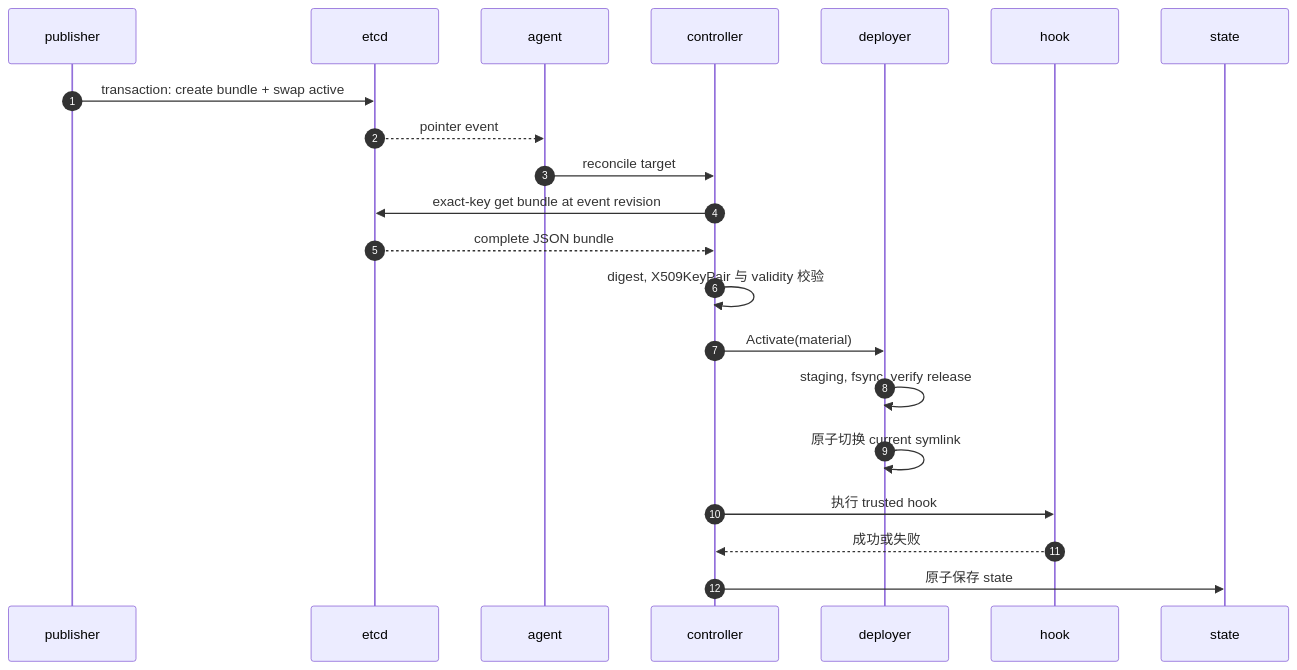
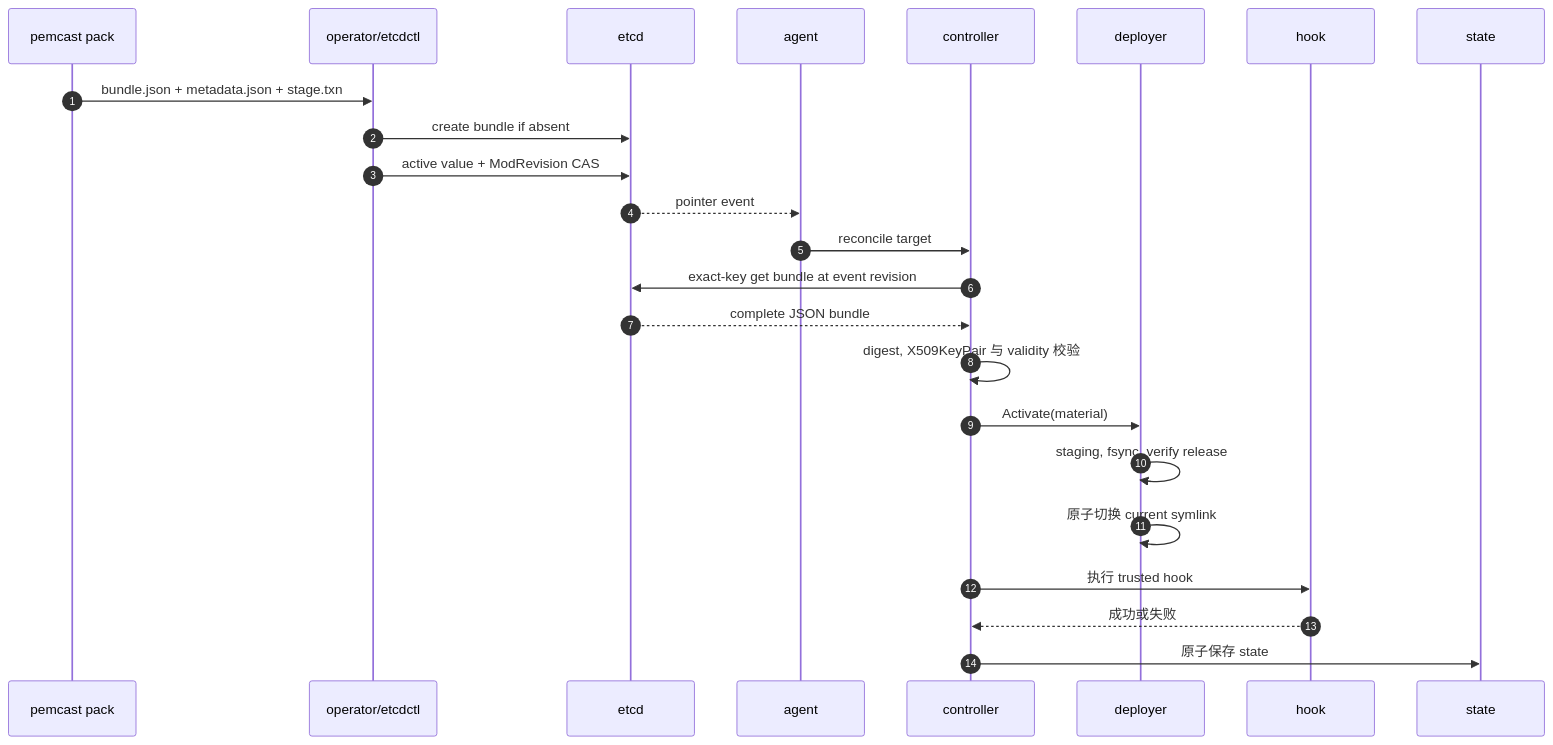
Before and after one commit to lwmacct/260907-pemcast: the diagram in .agents/skills/repo-architecture/references/architecture.md, drawn with Mermaid. The commit also changed other lines of this file and 27 other files, not shown here.

````diff
--- a/.agents/skills/repo-architecture/references/architecture.md
+++ b/.agents/skills/repo-architecture/references/architecture.md
@@ -24,24 +24,27 @@
 ```mermaid
 sequenceDiagram
     autonumber
-    participant P as publisher
+    participant P as pemcast pack
+    participant O as operator/etcdctl
     participant E as etcd
     participant A as agent
     participant C as controller
     participant D as deployer
     participant H as hook
     participant S as state
 
-    P->>E: transaction: create bundle + swap active
+    P->>O: bundle.json + metadata.json + stage.txn
+    O->>E: create bundle if absent
+    O->>E: active value + ModRevision CAS
     E-->>A: pointer event
     A->>C: reconcile target
     C->>E: exact-key get bundle at event revision
     E-->>C: complete JSON bundle
     C->>C: digest, X509KeyPair 与 validity 校验
     C->>D: Activate(material)
     D->>D: staging, fsync, verify release
     D->>D: 原子切换 current symlink
     C->>H: 执行 trusted hook
     H-->>C: 成功或失败
     C->>S: 原子保存 state
 ```
````
